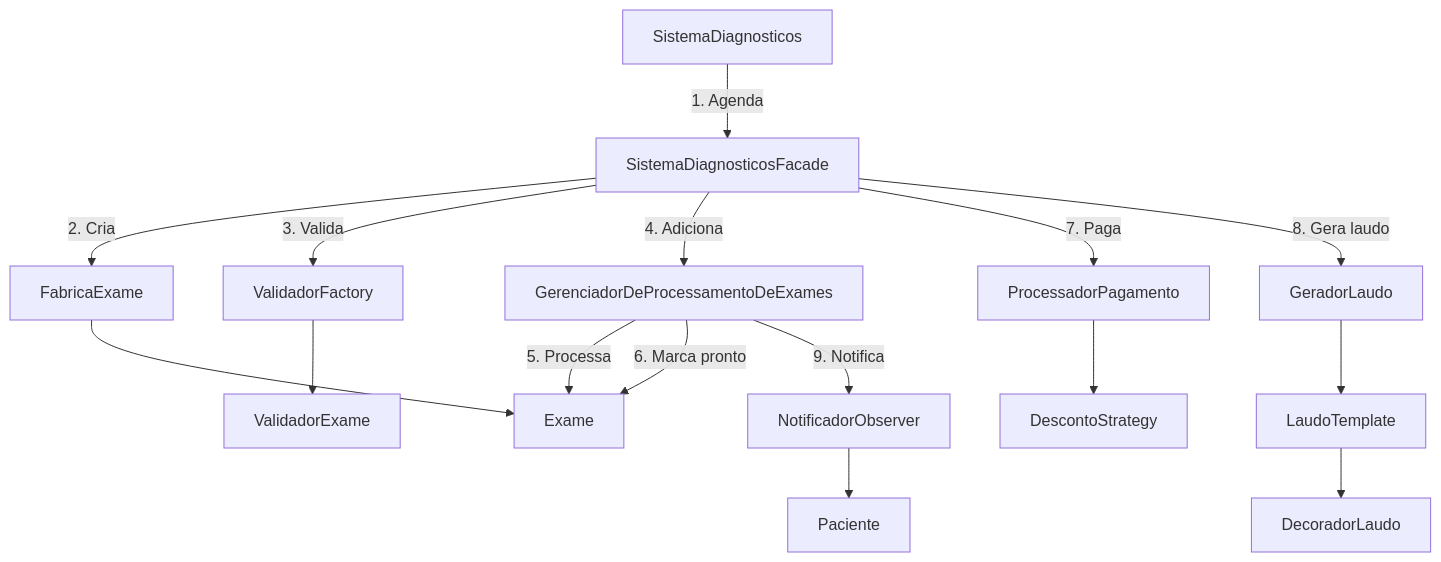
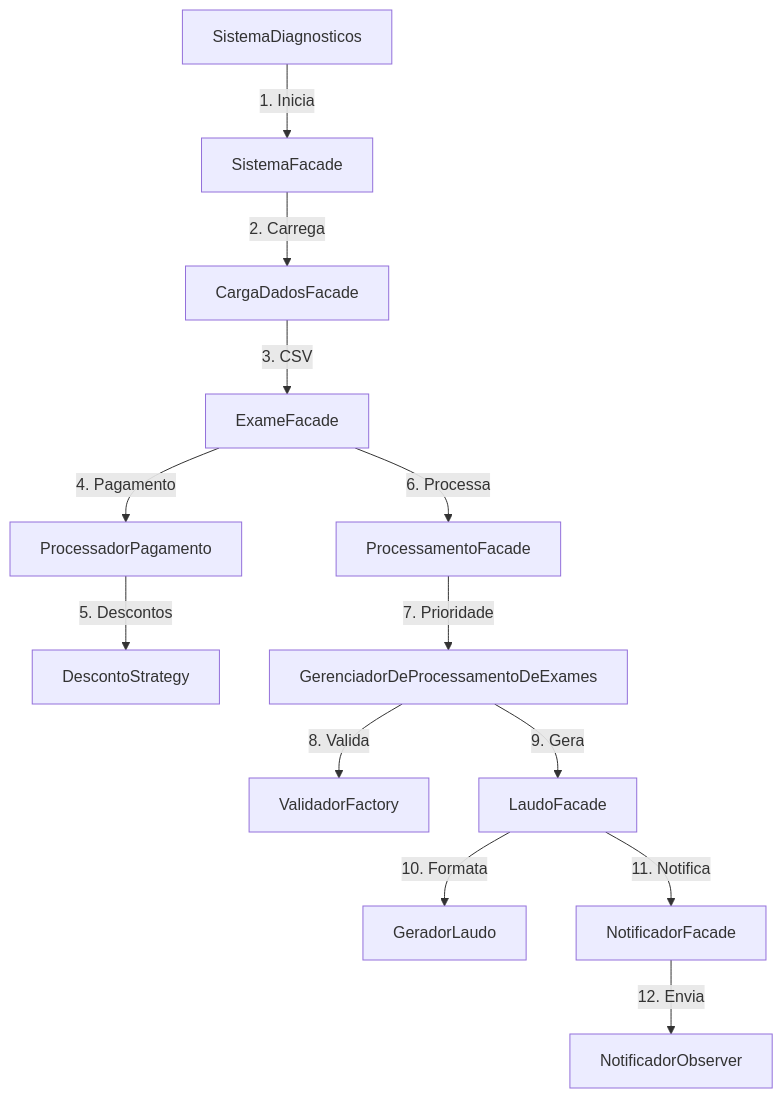
Before and after one commit to araujo-angel/IFDiagnosticos: the diagram in README.md, drawn with Mermaid. The commit also changed other lines of this file, not shown here.

````diff
--- a/README.md
+++ b/README.md
@@ -97,22 +101,15 @@
 ```mermaid
 flowchart TD
-    SistemaDiagnosticos -->|1. Agenda| SistemaDiagnosticosFacade
-    SistemaDiagnosticosFacade -->|2. Cria| FabricaExame
-    FabricaExame --> Exame
-    SistemaDiagnosticosFacade -->|3. Valida| ValidadorFactory
-    ValidadorFactory --> ValidadorExame
-
-    SistemaDiagnosticosFacade -->|4. Adiciona| GerenciadorDeProcessamentoDeExames
-    GerenciadorDeProcessamentoDeExames -->|5. Processa| Exame
-    GerenciadorDeProcessamentoDeExames -->|6. Marca pronto| Exame
-
-    SistemaDiagnosticosFacade -->|7. Paga| ProcessadorPagamento
-    ProcessadorPagamento --> DescontoStrategy
-
-    SistemaDiagnosticosFacade -->|8. Gera laudo| GeradorLaudo
-    GeradorLaudo --> LaudoTemplate
-    LaudoTemplate --> DecoradorLaudo
-
-    GerenciadorDeProcessamentoDeExames -->|9. Notifica| NotificadorObserver
-    NotificadorObserver --> Paciente
+    SistemaDiagnosticos -->|1. Inicia| SistemaFacade
+    SistemaFacade -->|2. Carrega| CargaDadosFacade
+    CargaDadosFacade -->|3. CSV| ExameFacade
+    ExameFacade -->|4. Pagamento| ProcessadorPagamento
+    ProcessadorPagamento -->|5. Descontos| DescontoStrategy
+    ExameFacade -->|6. Processa| ProcessamentoFacade
+    ProcessamentoFacade -->|7. Prioridade| GerenciadorDeProcessamentoDeExames
+    GerenciadorDeProcessamentoDeExames -->|8. Valida| ValidadorFactory
+    GerenciadorDeProcessamentoDeExames -->|9. Gera| LaudoFacade
+    LaudoFacade -->|10. Formata| GeradorLaudo
+    LaudoFacade -->|11. Notifica| NotificadorFacade
+    NotificadorFacade -->|12. Envia| NotificadorObserver
 ```
````
